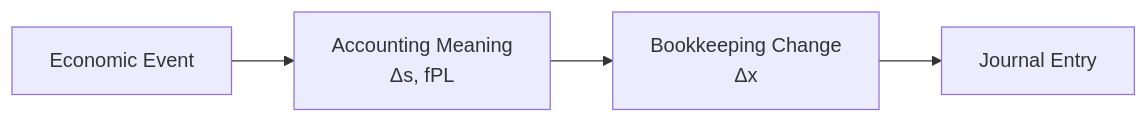
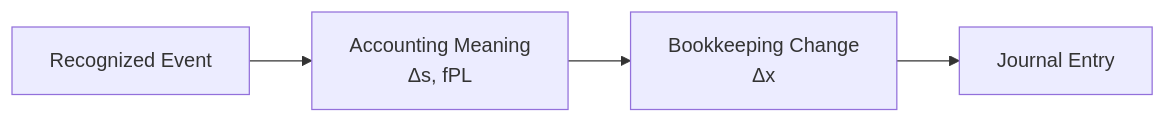
Before and after one commit to niikei/accounting-state-model: the first of 3 diagrams in theory/06-journal-and-ledger.md, drawn with Mermaid. The commit also changed other lines of this file and 8 other files, not shown here.

````diff
--- a/theory/06-journal-and-ledger.md
+++ b/theory/06-journal-and-ledger.md
@@ -87,9 +141,9 @@
 ```mermaid
 flowchart LR
-    E["Economic Event"]
-    A["Accounting Meaning<br/>Δs, fPL"]
+    E["Recognized Event"]
+    SEM["Accounting Meaning<br/>Δs, fPL"]
     X["Bookkeeping Change<br/>Δx"]
     J["Journal Entry"]
 
-    E --> A --> X --> J
+    E --> SEM --> X --> J
 ```
````
